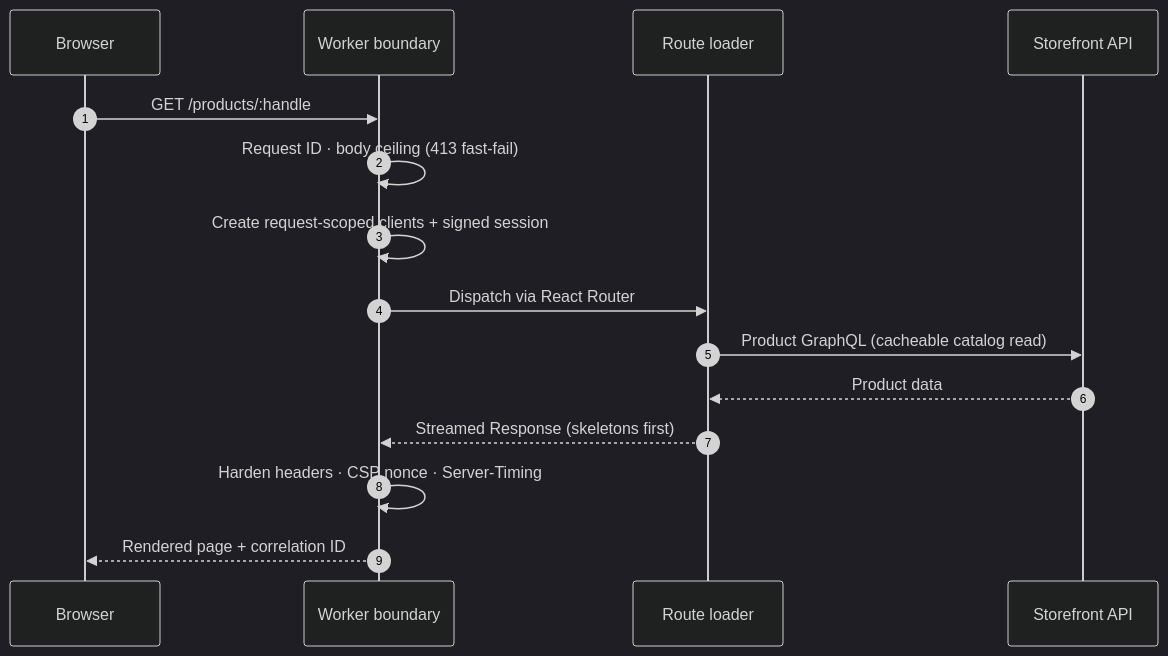
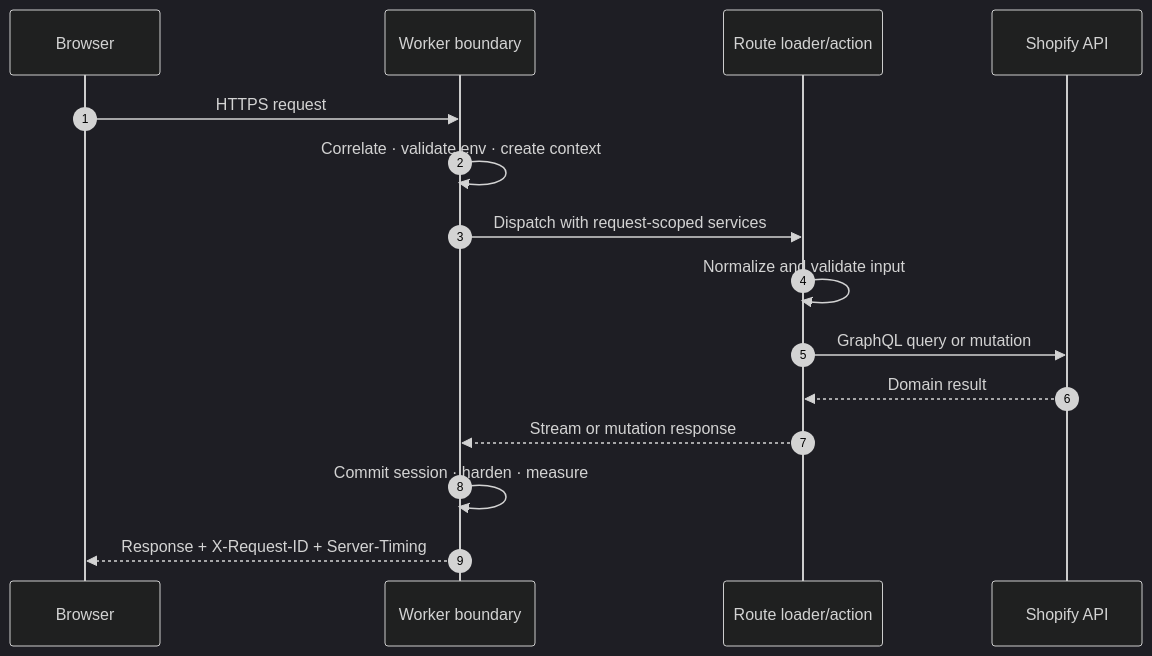
Before and after one commit to YASLOGIST/as-store-v1yas-frontend: the second of 5 diagrams in README.md, drawn with Mermaid (dark theme). The commit also changed other lines of this file, not shown here.

````diff
--- a/README.md
+++ b/README.md
@@ -161,18 +119,18 @@
 ```mermaid
 sequenceDiagram
   autonumber
   participant B as Browser
   participant W as Worker boundary
-  participant L as Route loader
-  participant S as Storefront API
+  participant R as Route loader/action
+  participant S as Shopify API
 
-  B->>W: GET /products/:handle
-  W->>W: Request ID · body ceiling (413 fast-fail)
-  W->>W: Create request-scoped clients + signed session
-  W->>L: Dispatch via React Router
-  L->>S: Product GraphQL (cacheable catalog read)
-  S-->>L: Product data
-  L-->>W: Streamed Response (skeletons first)
-  W->>W: Harden headers · CSP nonce · Server-Timing
-  W-->>B: Rendered page + correlation ID
+  B->>W: HTTPS request
+  W->>W: Correlate · validate env · create context
+  W->>R: Dispatch with request-scoped services
+  R->>R: Normalize and validate input
+  R->>S: GraphQL query or mutation
+  S-->>R: Domain result
+  R-->>W: Stream or mutation response
+  W->>W: Commit session · harden · measure
+  W-->>B: Response + X-Request-ID + Server-Timing
 ```
````
